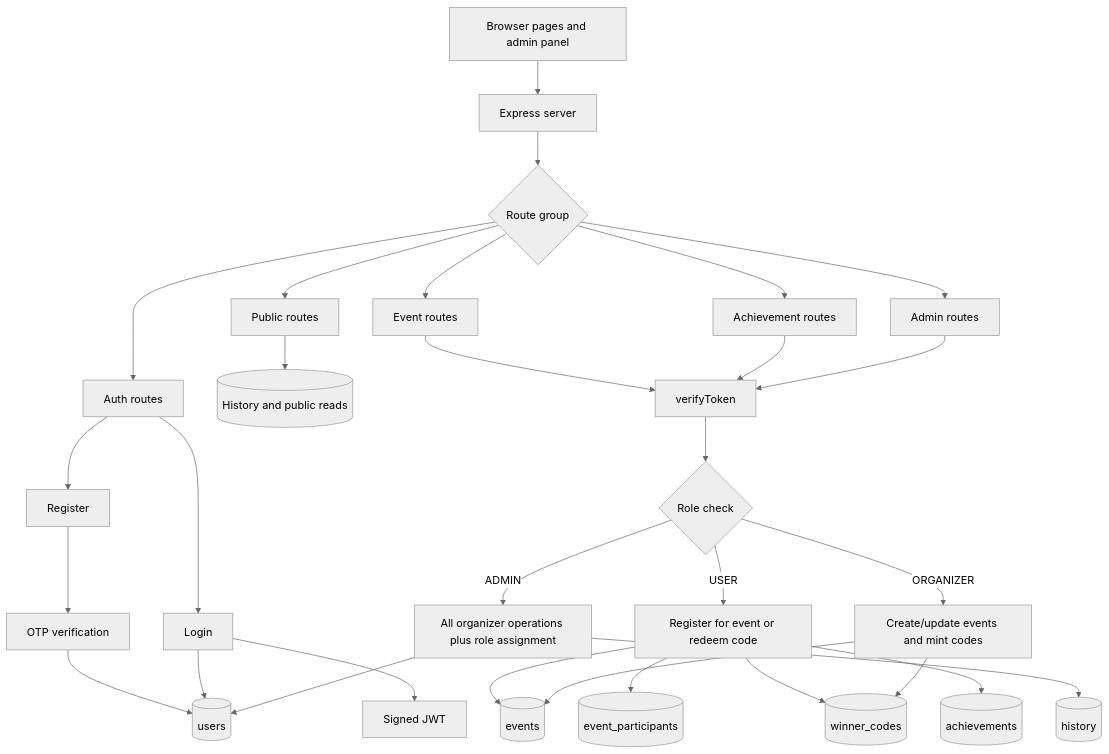
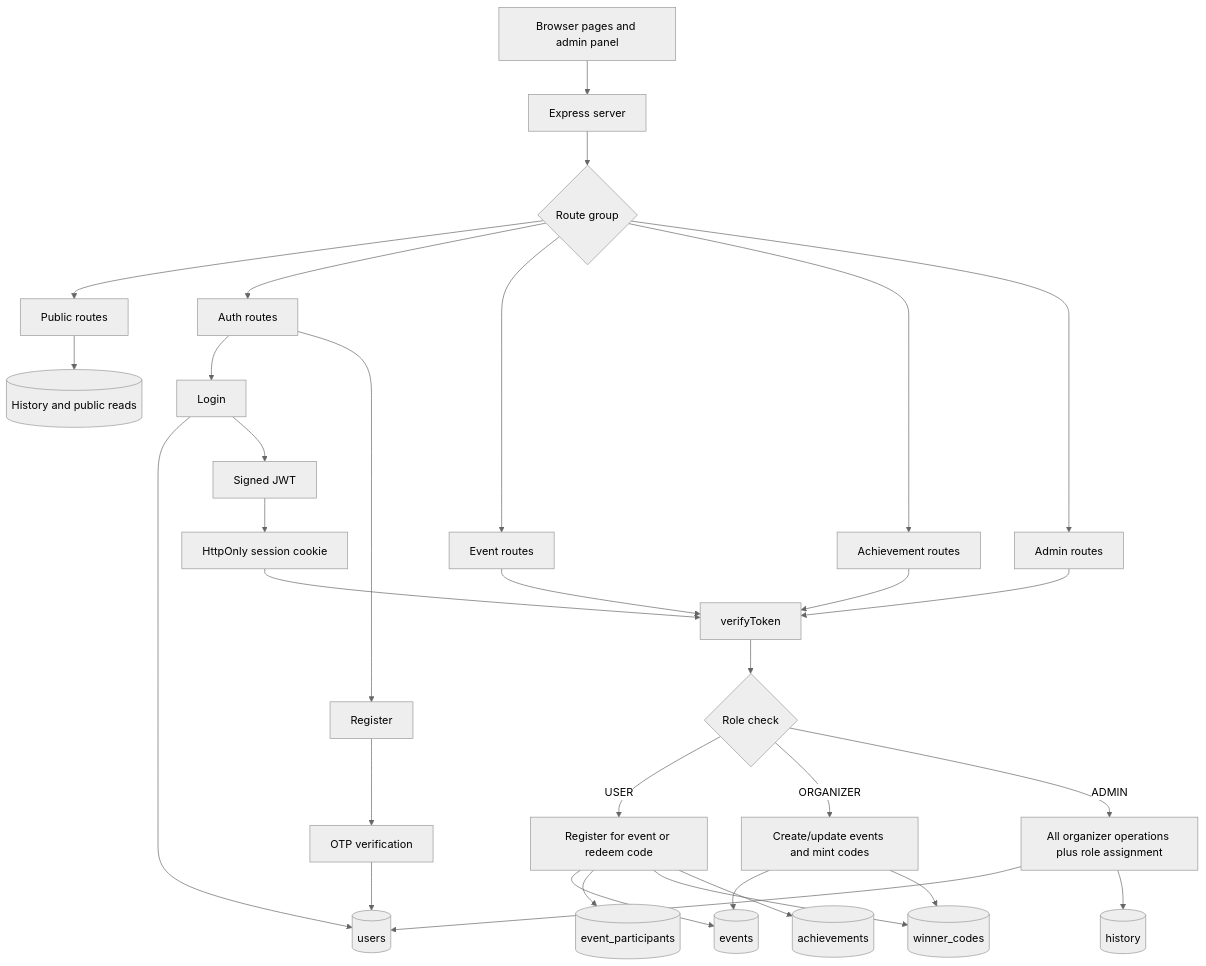
Before and after one commit to anik-iiest-eng/FORKdebsoc: the first of 3 diagrams in docs/authorization-and-data-flow.md, drawn with Mermaid (neutral theme). The commit also changed other lines of this file and 11 other files, not shown here.

````diff
--- a/docs/authorization-and-data-flow.md
+++ b/docs/authorization-and-data-flow.md
@@ -5,35 +5,37 @@
 ```mermaid
 flowchart TD
     Browser[Browser pages and admin panel] --> API[Express server]
     API --> Routes{Route group}
     Routes --> Public[Public routes]
     Routes --> Auth[Auth routes]
     Routes --> Events[Event routes]
     Routes --> Achievements[Achievement routes]
     Routes --> Admin[Admin routes]
 
     Public --> PublicRead[(History and public reads)]
     Auth --> Login[Login]
     Auth --> Register[Register]
     Register --> OTP[OTP verification]
     OTP --> UserDB[(users)]
     Login --> UserDB
     Login --> JWT[Signed JWT]
+    JWT --> Cookie[HttpOnly session cookie]
 
     Events --> Verify[verifyToken]
     Achievements --> Verify
     Admin --> Verify
+    Cookie --> Verify
     Verify --> Role{Role check}
     Role -->|USER| Student[Register for event or redeem code]
     Role -->|ORGANIZER| Organize[Create/update events and mint codes]
     Role -->|ADMIN| AdminOps[All organizer operations plus role assignment]
 
     Student --> EventDB[(events)]
     Student --> ParticipantDB[(event_participants)]
     Student --> WinnerDB[(winner_codes)]
     Student --> AchievementDB[(achievements)]
     Organize --> EventDB
     Organize --> WinnerDB
     AdminOps --> UserDB
     AdminOps --> HistoryDB[(history)]
 ```
````
